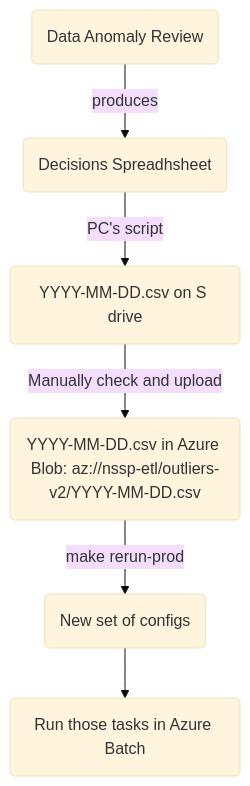
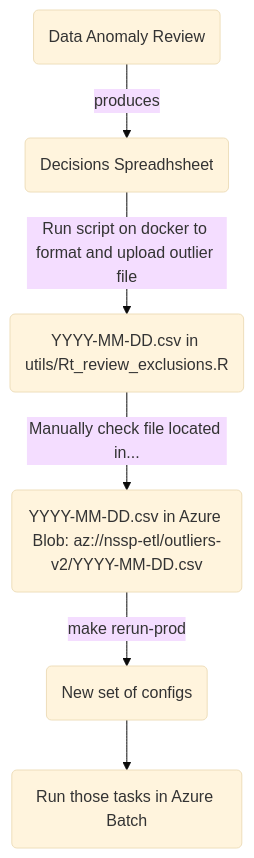
One commit to CDCgov/cfa-epinow2-pipeline changed the second of 2 diagrams in SOP.md. Above: the diagram before and after it, drawn with Mermaid (base theme). The commit also changed other lines of this file and 1 other file, not shown here.

Commit message:
formatting changes change old outlier outputs

````diff
--- a/SOP.md
+++ b/SOP.md
@@ -204,8 +205,8 @@
-```mermaid
+``` mermaid
 flowchart TD
     A(Data Anomaly Review) -->|produces| B(Decisions Spreadhsheet)
-    B -->|PC's script| C(YYYY-MM-DD.csv on S drive)
-    C -->|Manually check and upload| D(YYYY-MM-DD.csv in Azure Blob: az://nssp-etl/outliers-v2/YYYY-MM-DD.csv)
+    B -->|Run script on docker to format and upload outlier file| C(YYYY-MM-DD.csv in utils/Rt_review_exclusions.R)
+    C -->|Manually check file located in...| D(YYYY-MM-DD.csv in Azure Blob: az://nssp-etl/outliers-v2/YYYY-MM-DD.csv)
     D -->|make rerun-prod| E(New set of configs)
     E -->F(Run those tasks in Azure Batch)
 ```
````
